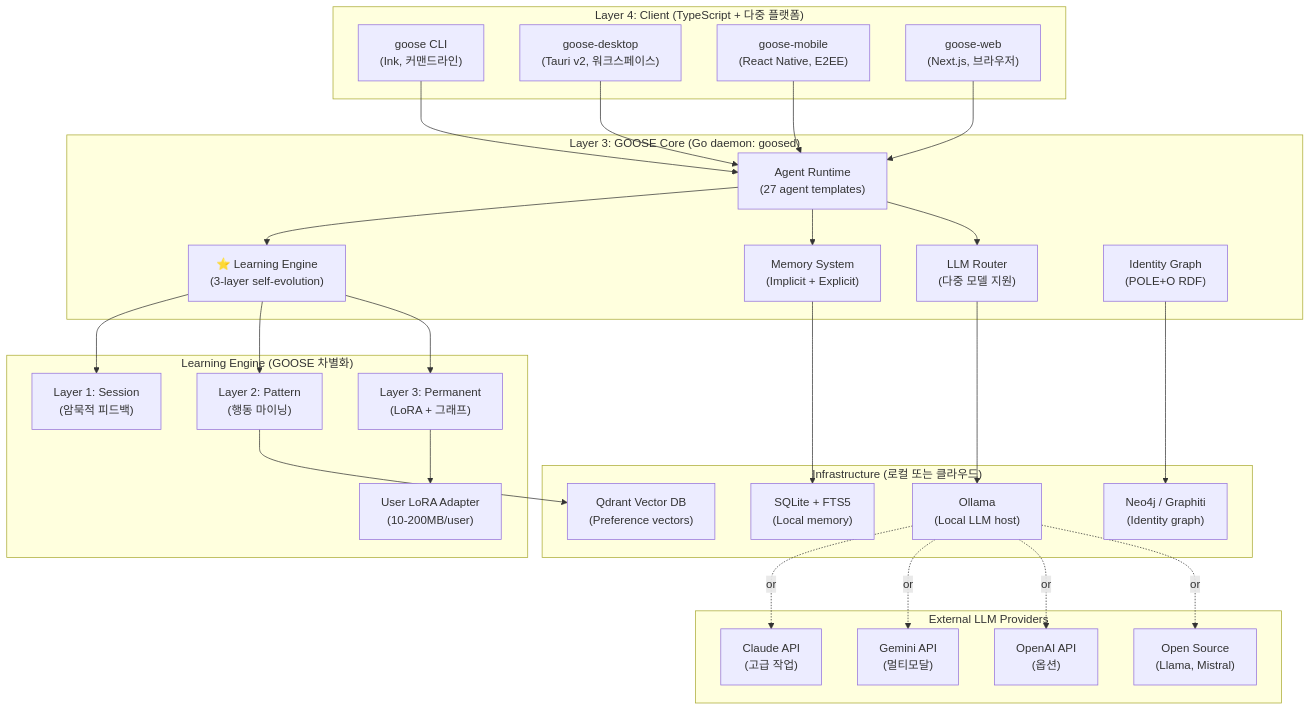
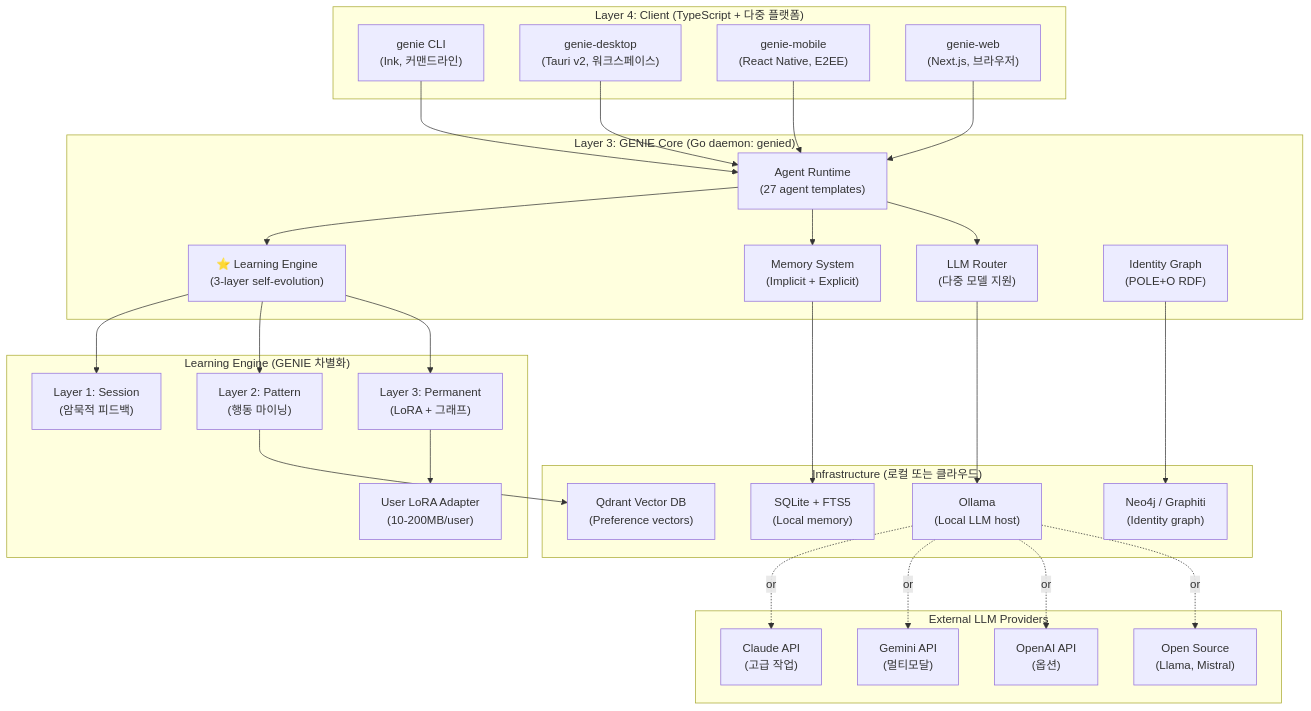
Before and after one commit to modu-ai/mink: the diagram in .moai/project/product.md, drawn with Mermaid. The commit also changed other lines of this file and 149 other files, not shown here.

First line of the commit message:
refactor: goose → genie 식별자 전면 치환 (L3 전환 1/2)

````diff
--- a/.moai/project/product.md
+++ b/.moai/project/product.md
@@ -184,60 +184,60 @@
 ```mermaid
 graph TB
     subgraph "Layer 4: Client (TypeScript + 다중 플랫폼)"
-        CLI["goose CLI<br/>(Ink, 커맨드라인)"]
-        Desktop["goose-desktop<br/>(Tauri v2, 워크스페이스)"]
-        Mobile["goose-mobile<br/>(React Native, E2EE)"]
-        Web["goose-web<br/>(Next.js, 브라우저)"]
+        CLI["genie CLI<br/>(Ink, 커맨드라인)"]
+        Desktop["genie-desktop<br/>(Tauri v2, 워크스페이스)"]
+        Mobile["genie-mobile<br/>(React Native, E2EE)"]
+        Web["genie-web<br/>(Next.js, 브라우저)"]
     end
     
-    subgraph "Layer 3: GOOSE Core (Go daemon: goosed)"
+    subgraph "Layer 3: GENIE Core (Go daemon: genied)"
         Agent["Agent Runtime<br/>(27 agent templates)"]
         Learning["⭐ Learning Engine<br/>(3-layer self-evolution)"]
         Memory["Memory System<br/>(Implicit + Explicit)"]
         LLMRouter["LLM Router<br/>(다중 모델 지원)"]
         Identity["Identity Graph<br/>(POLE+O RDF)"]
     end
     
-    subgraph "Learning Engine (GOOSE 차별화)"
+    subgraph "Learning Engine (GENIE 차별화)"
         Implicit["Layer 1: Session<br/>(암묵적 피드백)"]
         Pattern["Layer 2: Pattern<br/>(행동 마이닝)"]
         Personal["Layer 3: Permanent<br/>(LoRA + 그래프)"]
         LoRA["User LoRA Adapter<br/>(10-200MB/user)"]
     end
     
     subgraph "Infrastructure (로컬 또는 클라우드)"
         Neo4j["Neo4j / Graphiti<br/>(Identity graph)"]
         Qdrant["Qdrant Vector DB<br/>(Preference vectors)"]
         SQLite["SQLite + FTS5<br/>(Local memory)"]
         Ollama["Ollama<br/>(Local LLM host)"]
     end
     
     subgraph "External LLM Providers"
         Claude["Claude API<br/>(고급 작업)"]
         Gemini["Gemini API<br/>(멀티모달)"]
         OpenAI["OpenAI API<br/>(옵션)"]
         OpenSource["Open Source<br/>(Llama, Mistral)"]
     end
     
     CLI --> Agent
     Desktop --> Agent
     Mobile --> Agent
     Web --> Agent
     
     Agent --> Learning
     Agent --> Memory
     Agent --> LLMRouter
     Learning --> Implicit
     Learning --> Pattern
     Learning --> Personal
     Personal --> LoRA
     Identity --> Neo4j
     Pattern --> Qdrant
     Memory --> SQLite
     LLMRouter --> Ollama
     
     Ollama -.or.-> Claude
     Ollama -.or.-> Gemini
     Ollama -.or.-> OpenAI
     Ollama -.or.-> OpenSource
 ```
````
